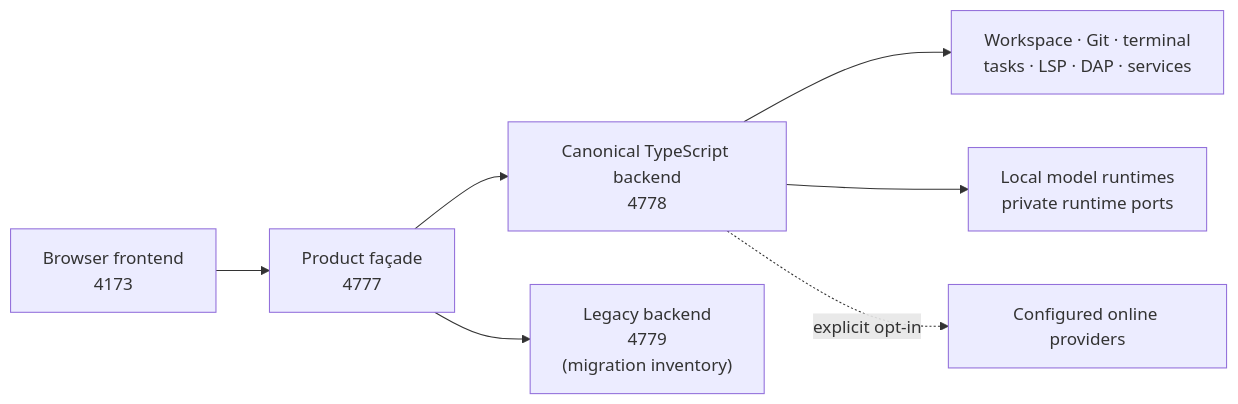
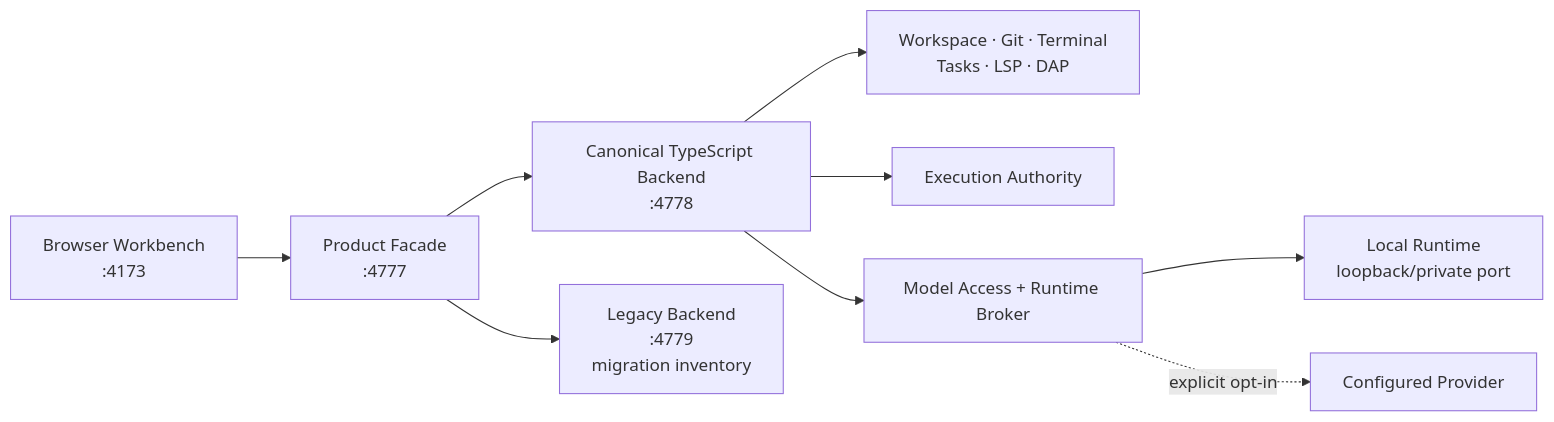
The diagram in README.md (AnonymousNomad/covert-coder), drawn with Mermaid before and after one commit. The commit also changed other lines of this file, not shown here.

````diff
--- a/README.md
+++ b/README.md
@@ -96,9 +84,11 @@
-```mermaid
+~~~mermaid
 flowchart LR
-  UI["Browser frontend<br/>4173"] --> EDGE["Product façade<br/>4777"]
-  EDGE --> TS["Canonical TypeScript backend<br/>4778"]
-  EDGE --> LEGACY["Legacy backend<br/>4779<br/>(migration inventory)"]
-  TS --> CAP["Workspace · Git · terminal<br/>tasks · LSP · DAP · services"]
-  TS --> LOCAL["Local model runtimes<br/>private runtime ports"]
-  TS -. "explicit opt-in" .-> CLOUD["Configured online providers"]
-```
+  UI["Browser Workbench<br/>:4173"] --> EDGE["Product Facade<br/>:4777"]
+  EDGE --> TS["Canonical TypeScript Backend<br/>:4778"]
+  EDGE --> LEGACY["Legacy Backend<br/>:4779<br/>migration inventory"]
+  TS --> CAP["Workspace · Git · Terminal<br/>Tasks · LSP · DAP"]
+  TS --> AUTH["Execution Authority"]
+  TS --> MODEL["Model Access + Runtime Broker"]
+  MODEL --> LOCAL["Local Runtime<br/>loopback/private port"]
+  MODEL -. "explicit opt-in" .-> CLOUD["Configured Provider"]
+~~~
````
